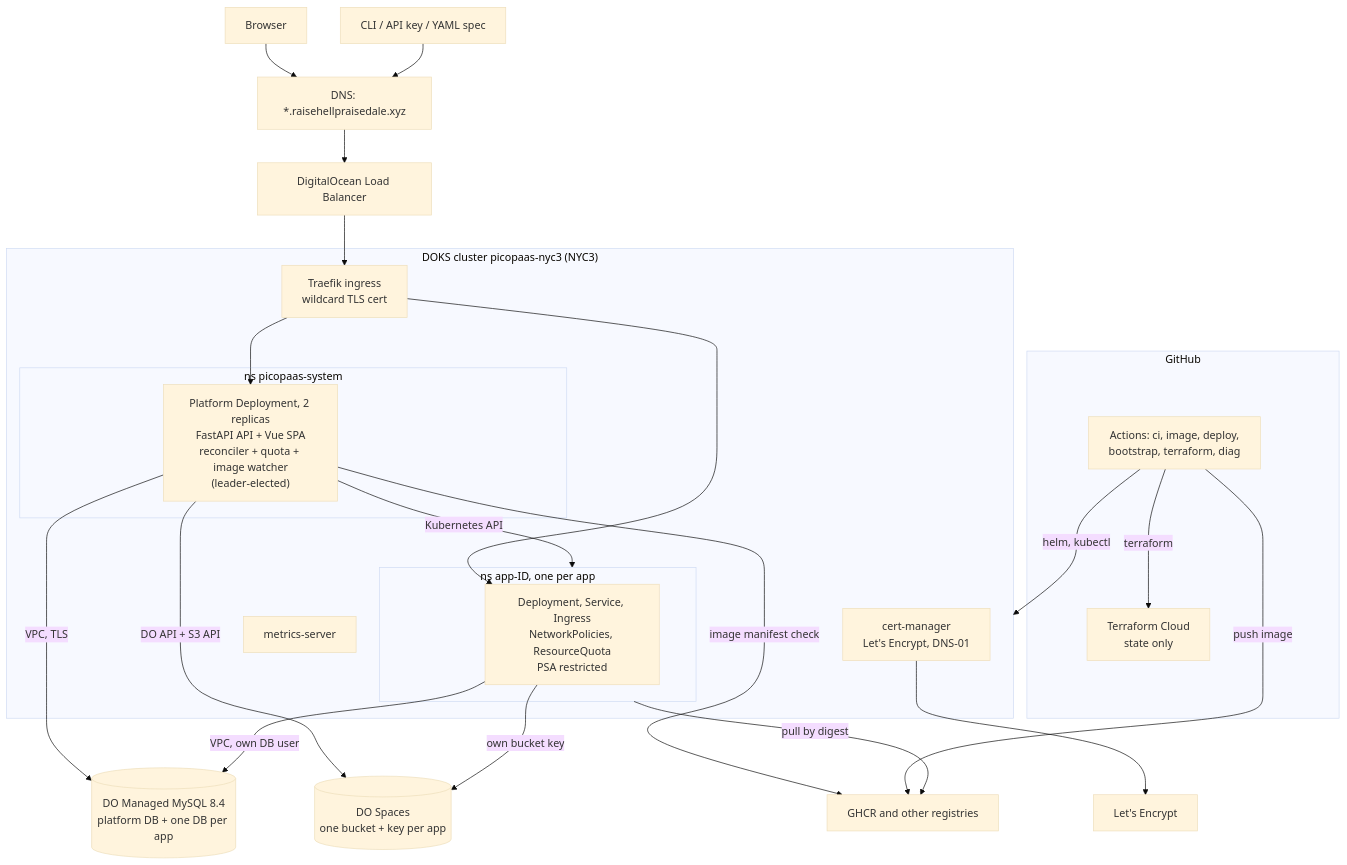
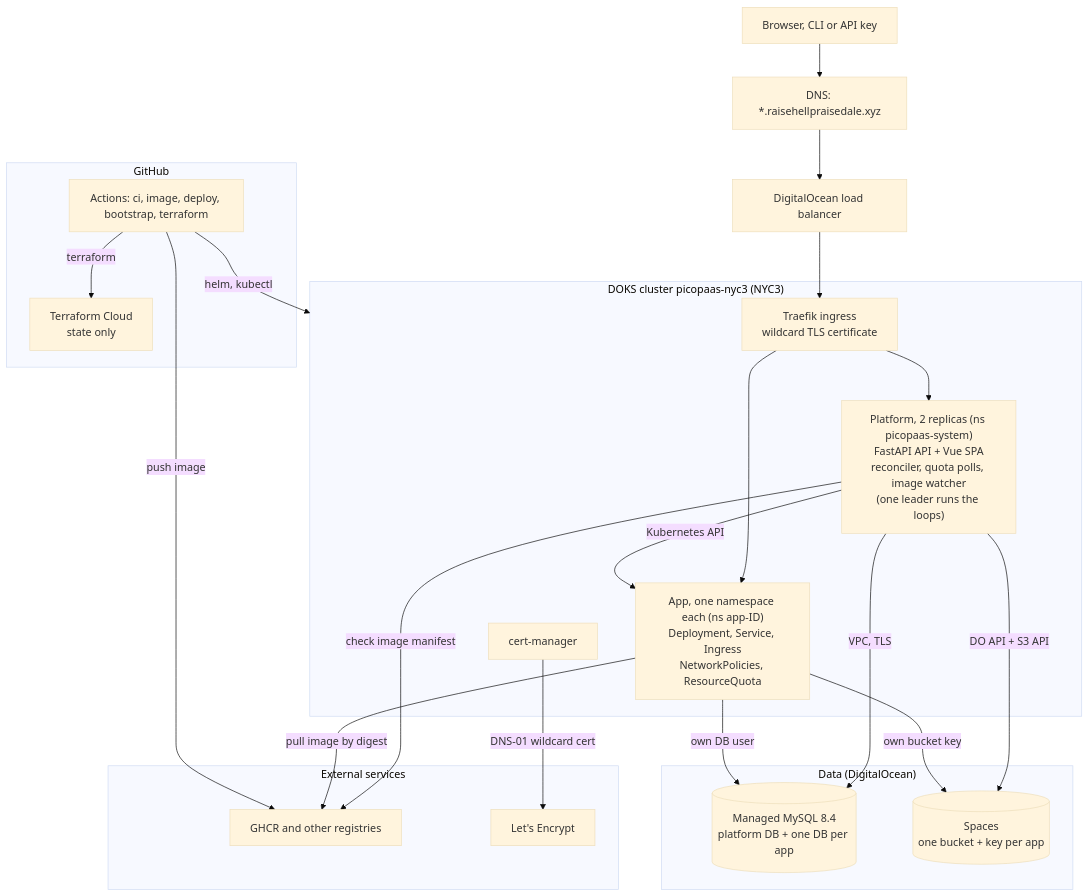
Before and after one commit to seaburr/picopaas: the first of 2 diagrams in README.md, drawn with Mermaid (base theme). The commit also changed other lines of this file and 8 other files, not shown here.

Commit message:
docs: correctness pass against the code (retry behaviour, API endpoints/fields/errors, CLI commands, ops facts, $28 node) + consistent terminology; tidier README architecture diagram

````diff
--- a/README.md
+++ b/README.md
@@ -40,50 +40,47 @@
 ```mermaid
 flowchart TB
-  user["Browser"]
-  cli["CLI / API key / YAML spec"]
+  user["Browser, CLI or API key"]
   dns["DNS: *.raisehellpraisedale.xyz"]
-  lb["DigitalOcean Load Balancer"]
-
-  user --> dns
-  cli --> dns
-  dns --> lb
+  lb["DigitalOcean load balancer"]
+  user --> dns --> lb
 
   subgraph doks["DOKS cluster picopaas-nyc3 (NYC3)"]
-    traefik["Traefik ingress<br/>wildcard TLS cert"]
-    cm["cert-manager<br/>Let's Encrypt, DNS-01"]
-    ms["metrics-server"]
-
-    subgraph sys["ns picopaas-system"]
-      plat["Platform Deployment, 2 replicas<br/>FastAPI API + Vue SPA<br/>reconciler + quota + image watcher<br/>(leader-elected)"]
-    end
-
-    subgraph appns["ns app-ID, one per app"]
-      app["Deployment, Service, Ingress<br/>NetworkPolicies, ResourceQuota<br/>PSA restricted"]
-    end
+    traefik["Traefik ingress<br/>wildcard TLS certificate"]
+    plat["Platform, 2 replicas (ns picopaas-system)<br/>FastAPI API + Vue SPA<br/>reconciler, quota polls, image watcher<br/>(one leader runs the loops)"]
+    app["App, one namespace each (ns app-ID)<br/>Deployment, Service, Ingress<br/>NetworkPolicies, ResourceQuota"]
+    cm["cert-manager"]
   end
-
-  mysql[("DO Managed MySQL 8.4<br/>platform DB + one DB per app")]
-  spaces[("DO Spaces<br/>one bucket + key per app")]
-  ghcr["GHCR and other registries"]
-  le["Let's Encrypt"]
 
   lb --> traefik
   traefik --> plat
   traefik --> app
-  plat -- "Kubernetes API" --> appns
+  plat -- "Kubernetes API" --> app
+
+  subgraph data["Data (DigitalOcean)"]
+    mysql[("Managed MySQL 8.4<br/>platform DB + one DB per app")]
+    spaces[("Spaces<br/>one bucket + key per app")]
+  end
+
   plat -- "VPC, TLS" --> mysql
   plat -- "DO API + S3 API" --> spaces
-  plat -- "image manifest check" --> ghcr
-  app -- "VPC, own DB user" --> mysql
+  app -- "own DB user" --> mysql
   app -- "own bucket key" --> spaces
-  appns -- "pull by digest" --> ghcr
-  cm --> le
+
+  subgraph ext["External services"]
+    ghcr["GHCR and other registries"]
+    le["Let's Encrypt"]
+  end
+
+  plat -- "check image manifest" --> ghcr
+  app -- "pull image by digest" --> ghcr
+  cm -- "DNS-01 wildcard cert" --> le
 
   subgraph ci["GitHub"]
-    gha["Actions: ci, image, deploy,<br/>bootstrap, terraform, diag"]
+    gha["Actions: ci, image, deploy, bootstrap, terraform"]
     tfc["Terraform Cloud<br/>state only"]
   end
+
   gha -- "helm, kubectl" --> doks
   gha -- "terraform" --> tfc
   gha -- "push image" --> ghcr
 ```
````
